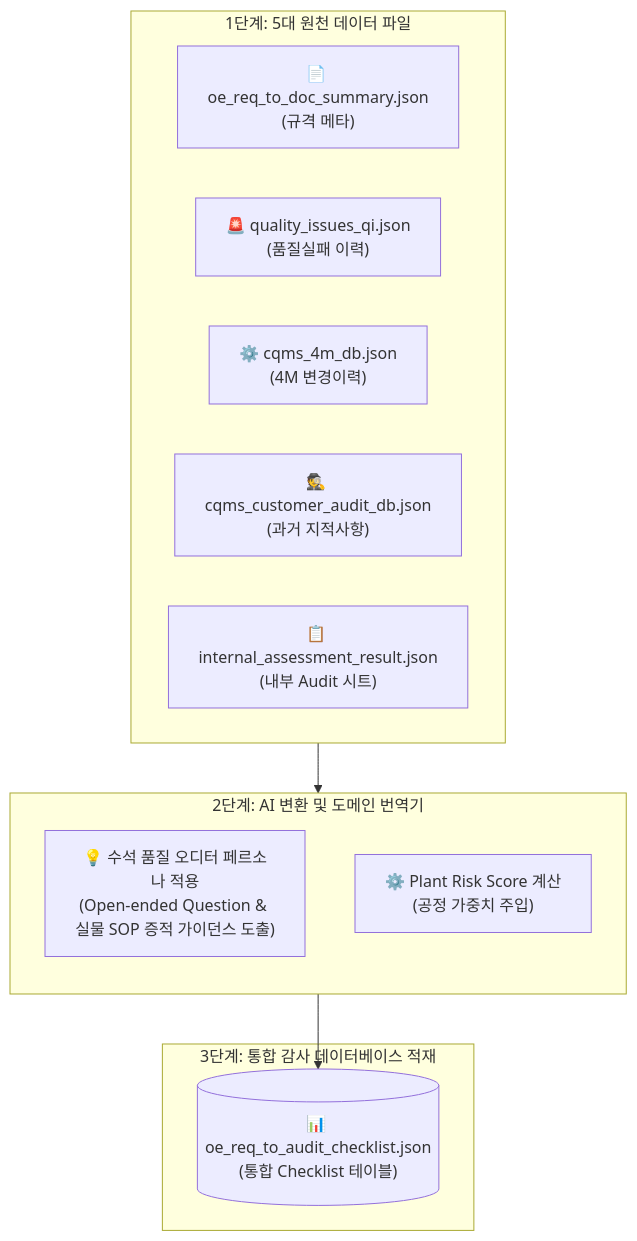
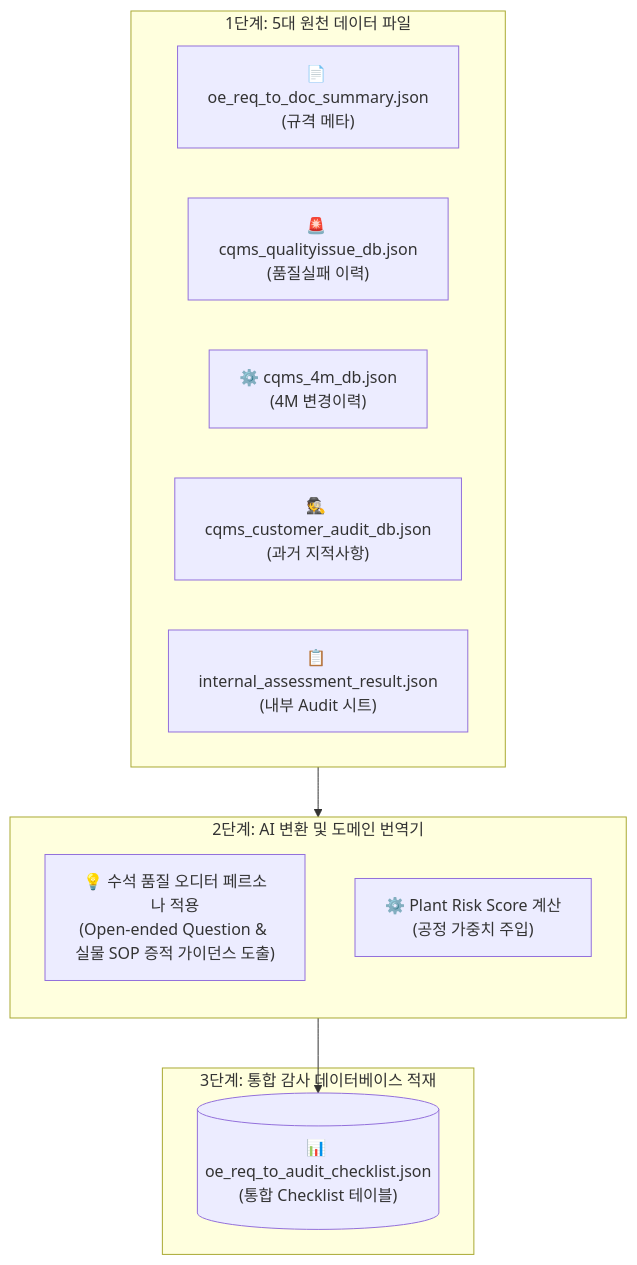
The diagram in context/03_product_database_schema.md (jumasi-34/RiskHunter), drawn with Mermaid before and after one commit. The commit also changed other lines of this file and 7 other files, not shown here.

Commit message:
refactor: rename quality_issues_qi.json to cqms_qualityissue_db.json and update all related references and documents

````diff
--- a/context/03_product_database_schema.md
+++ b/context/03_product_database_schema.md
@@ -30,25 +30,25 @@
 ```mermaid
 flowchart TD
     subgraph Raw_Resources ["1단계: 5대 원천 데이터 파일"]
         direction LR
         SRC_DOC["📄 oe_req_to_doc_summary.json<br>(규격 메타)"]
-        SRC_QI["🚨 quality_issues_qi.json<br>(품질실패 이력)"]
+        SRC_QI["🚨 cqms_qualityissue_db.json<br>(품질실패 이력)"]
         SRC_4M["⚙️ cqms_4m_db.json<br>(4M 변경이력)"]
         SRC_AUD["🕵️ cqms_customer_audit_db.json<br>(과거 지적사항)"]
         SRC_INT["📋 internal_assessment_result.json<br>(내부 Audit 시트)"]
     end
 
     subgraph AI_Parser_Engine ["2단계: AI 변환 및 도메인 번역기"]
         direction TB
         PROMPT["💡 수석 품질 오디터 페르소나 적용<br>(Open-ended Question & 실물 SOP 증적 가이던스 도출)"]
         BOOST["⚙️ Plant Risk Score 계산<br>(공정 가중치 주입)"]
     end
 
     subgraph Consolidated_Virtual_DB ["3단계: 통합 감사 데이터베이스 적재"]
         T_UAC[("📊 oe_req_to_audit_checklist.json<br>(통합 Checklist 테이블)")]
     end
 
     %% 데이터 흐름 연결
     Raw_Resources --> AI_Parser_Engine
     AI_Parser_Engine --> T_UAC
 ```
````
